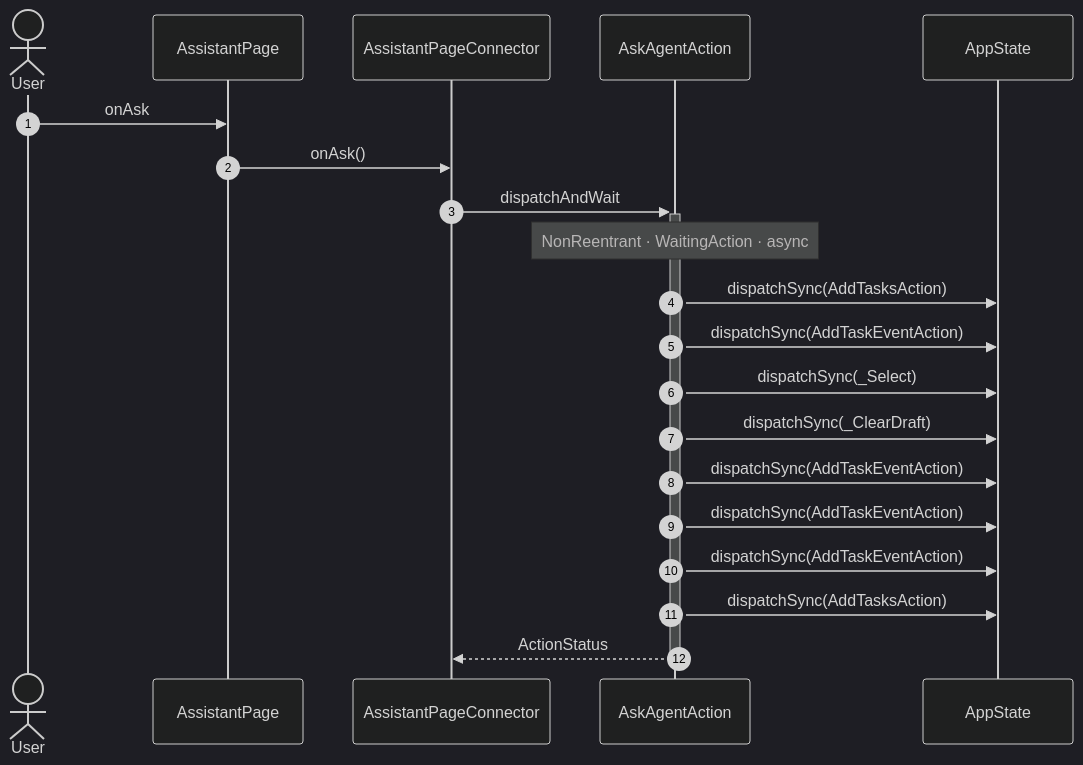
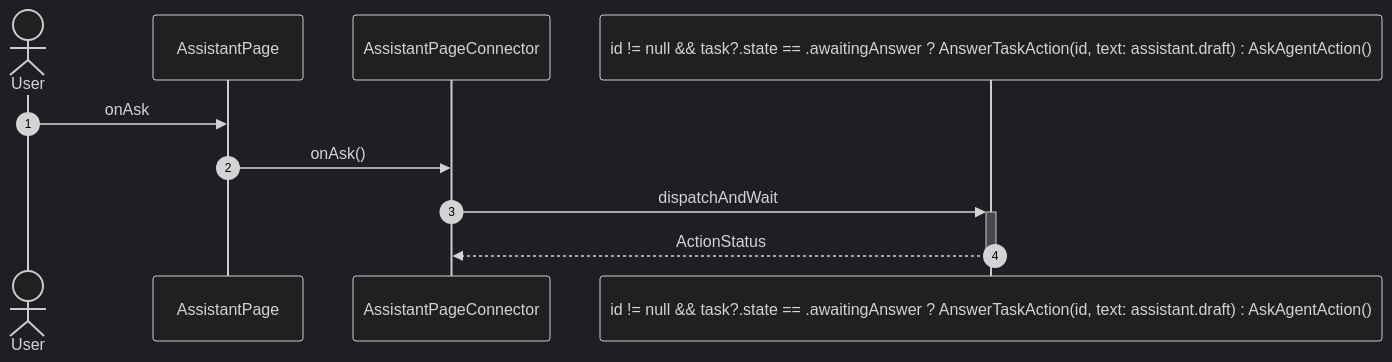
One commit to gencto/wyrm changed the ninth of 12 diagrams in studio/docs/flows/assistant.md. Above: the diagram before and after it, drawn with Mermaid (dark theme). The commit also changed other lines of this file and 30 other files, not shown here.

First line of the commit message:
studio: the Assistant asks back with a choices card and takes the answer

````diff
--- a/studio/docs/flows/assistant.md
+++ b/studio/docs/flows/assistant.md
@@ -145,23 +188,13 @@
 ```mermaid
 sequenceDiagram
     autonumber
     actor User
     participant UI as AssistantPage
     participant VM as AssistantPageConnector
-    participant A1 as AskAgentAction
-    participant ST as AppState
+    participant A1 as id != null && task?.state == .awaitingAnswer ? AnswerTaskAction(id, text: assistant.draft) : AskAgentAction()
 
     User->>UI: onAsk
     UI->>VM: onAsk()
     VM->>+A1: dispatchAndWait
-    Note over A1: NonReentrant · WaitingAction · async
-    A1->>ST: dispatchSync(AddTasksAction)
-    A1->>ST: dispatchSync(AddTaskEventAction)
-    A1->>ST: dispatchSync(_Select)
-    A1->>ST: dispatchSync(_ClearDraft)
-    A1->>ST: dispatchSync(AddTaskEventAction)
-    A1->>ST: dispatchSync(AddTaskEventAction)
-    A1->>ST: dispatchSync(AddTaskEventAction)
-    A1->>ST: dispatchSync(AddTasksAction)
     A1-->>-VM: ActionStatus
 ```
````
